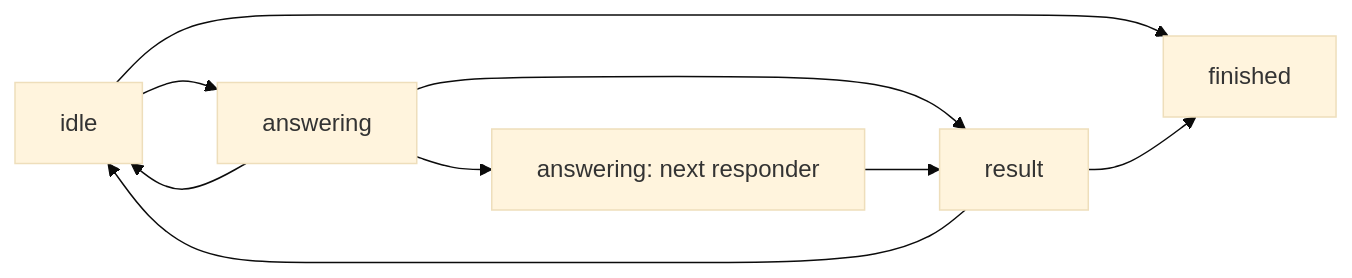
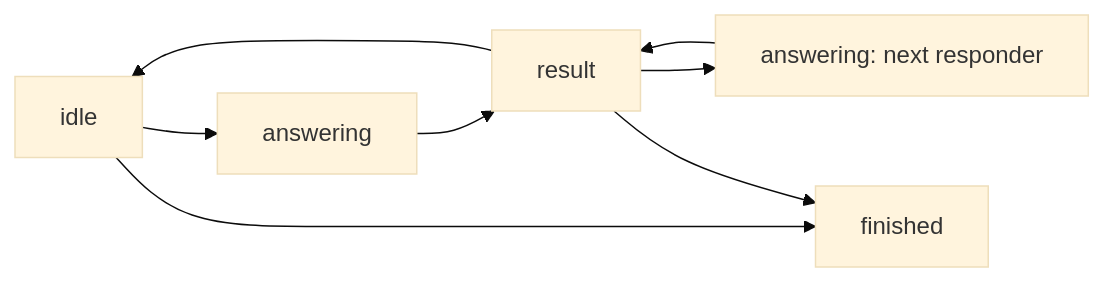
One commit to shuto410/quiz-world changed the second of 3 diagrams in docs/design.md. Above: the diagram before and after it, drawn with Mermaid (base theme). The commit also changed other lines of this file and 65 other files, not shown here.

````diff
--- a/docs/design.md
+++ b/docs/design.md
@@ -249,11 +251,10 @@
 ```mermaid
 flowchart LR
   idle["idle"] --> answering["answering"]
   answering --> result["result"]
-  answering --> idle
-  answering --> answering2["answering: next responder"]
+  result --> answering2["answering: next responder"]
   answering2 --> result
   result --> idle
   idle --> finished["finished"]
   result --> finished
 ```
````
